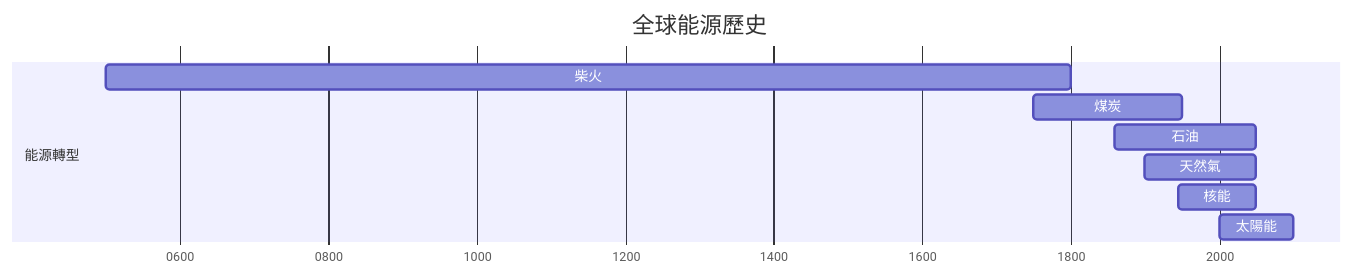
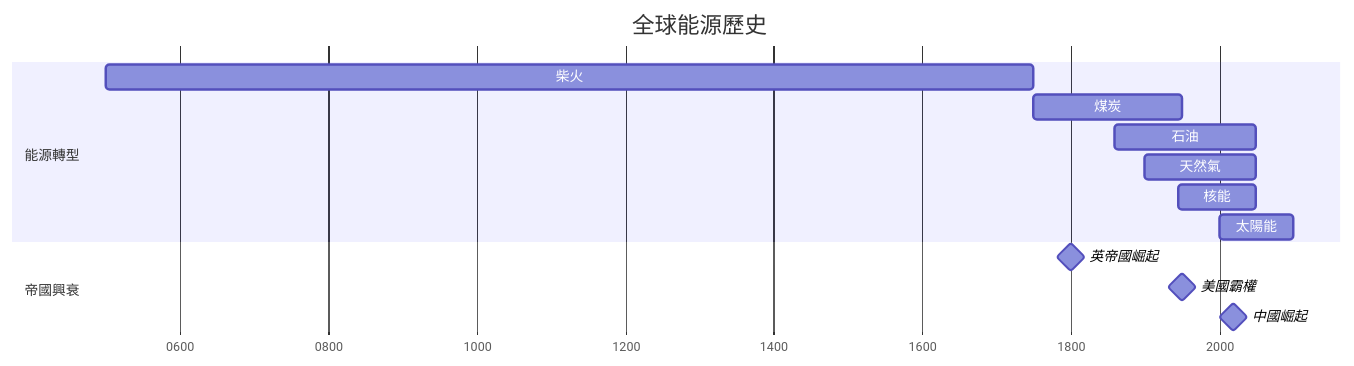
Before and after one commit to yip-lgtm/HKU-Harvard-History-Self-Study: the sixth of 10 diagrams in 01_HKU_Courses/HIST2193_History_of_Energy.md, drawn with Mermaid. The commit also changed other lines of this file and 22 other files, not shown here.

````diff
--- a/01_HKU_Courses/HIST2193_History_of_Energy.md
+++ b/01_HKU_Courses/HIST2193_History_of_Energy.md
@@ -125,13 +394,19 @@
 ```mermaid
 gantt
     title 全球能源歷史
-    dateFormat  YYYY
-    axisFormat  %Y
+    dateFormat YYYY
+    axisFormat %Y
+    
     section 能源轉型
-    柴火    :500, 1800
-    煤炭    :1750, 1950
-    石油    :1859, 2050
-    天然氣    :1900, 2050
-    核能    :1945, 2050
-    太陽能    :2000, 2100
+    柴火    :active1, 500, 1750
+    煤炭    :active2, 1750, 1950
+    石油    :active3, 1859, 2050
+    天然氣    :active4, 1900, 2050
+    核能    :active5, 1945, 2050
+    太陽能    :active6, 2000, 2100
+    
+    section 帝國興衰
+    英帝國崛起    :milestone, 1800, 0
+    美國霸權    :milestone, 1950, 0
+    中國崛起    :milestone, 2020, 0
 ```
````
